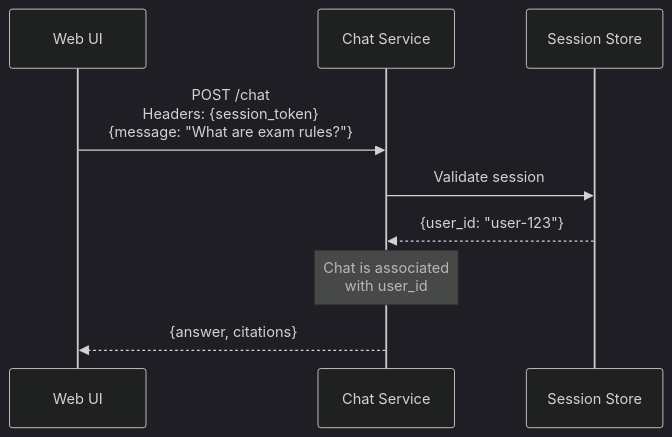
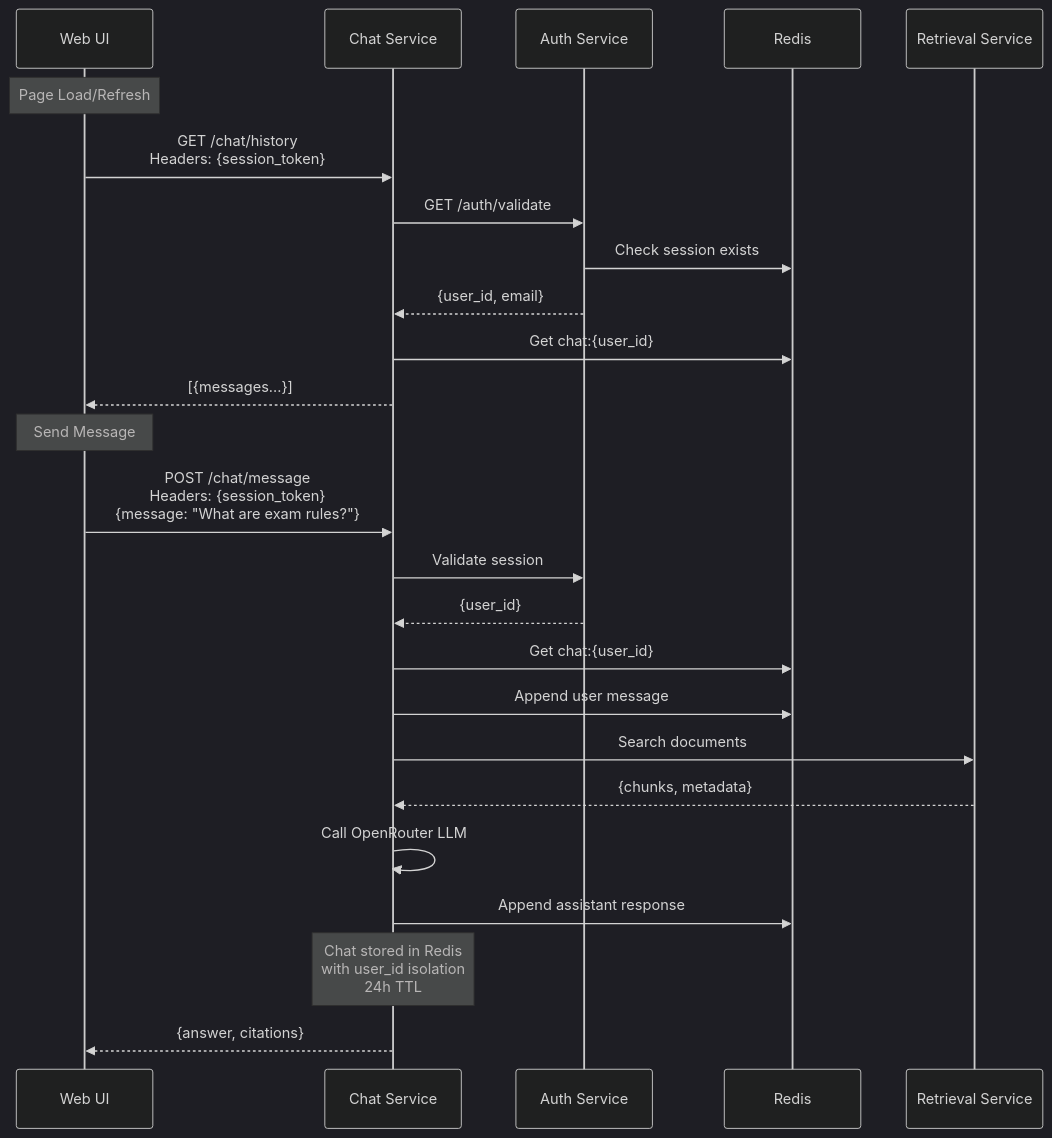
The second of 2 diagrams in docs/diagrams/Tier1_Authentication.md (Th30utcast/MARP-Guide-AI), drawn with Mermaid (dark theme) before and after one commit. The commit also changed other lines of this file and 1 other file, not shown here.

````diff
--- a/docs/diagrams/Tier1_Authentication.md
+++ b/docs/diagrams/Tier1_Authentication.md
@@ -36,15 +49,33 @@
 ``` mermaid
 sequenceDiagram
   participant U as Web UI
   participant C as Chat Service
-  participant S as Session Store
+  participant A as Auth Service
+  participant R as Redis
+  participant Ret as Retrieval Service
 
-  U->>C: POST /chat<br/>Headers: {session_token}<br/>{message: "What are exam rules?"}
+  Note over U: Page Load/Refresh
 
-  C->>S: Validate session
-  S-->>C: {user_id: "user-123"}
+  U->>C: GET /chat/history<br/>Headers: {session_token}
+  C->>A: GET /auth/validate
+  A->>R: Check session exists
+  A-->>C: {user_id, email}
+  C->>R: Get chat:{user_id}
+  C-->>U: [{messages...}]
 
-  Note over C: Chat is associated<br/>with user_id
+  Note over U: Send Message
+
+  U->>C: POST /chat/message<br/>Headers: {session_token}<br/>{message: "What are exam rules?"}
+  C->>A: Validate session
+  A-->>C: {user_id}
+  C->>R: Get chat:{user_id}
+  C->>R: Append user message
+  C->>Ret: Search documents
+  Ret-->>C: {chunks, metadata}
+  C->>C: Call OpenRouter LLM
+  C->>R: Append assistant response
+
+  Note over C: Chat stored in Redis<br/>with user_id isolation<br/>24h TTL
 
   C-->>U: {answer, citations}
 ```
````
